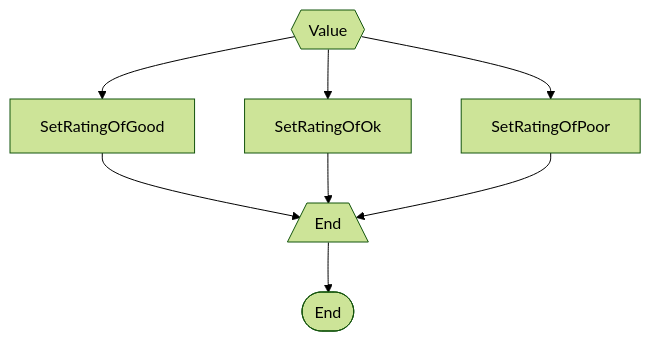
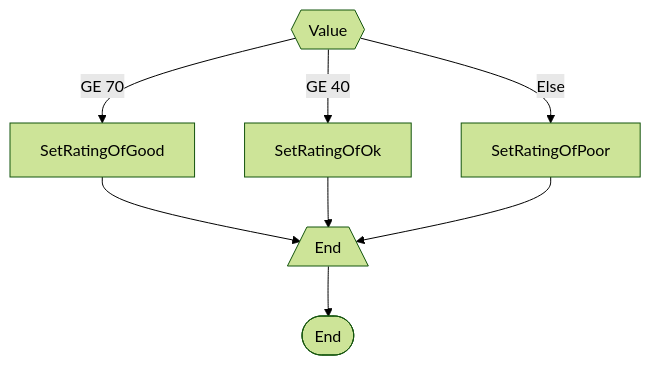
Before and after one commit to andybalham/ts-workflow-prototype: the second of 3 diagrams in test/documentation.md, drawn with Mermaid (forest theme). The commit also changed other lines of this file and 7 other files, not shown here.

````diff
--- a/test/documentation.md
+++ b/test/documentation.md
@@ -12,13 +12,13 @@
 ```mermaid
 graph TB
-Value{{"Value"}} --> 
+Value{{"Value"}} -- "GE 70" -->
 SetRatingOfGood["SetRatingOfGood"] --> 
 End[/"End"\] --> 
 _End_([End])
-Value{{"Value"}} --> 
+Value{{"Value"}} -- "GE 40" -->
 SetRatingOfOk["SetRatingOfOk"] --> 
 End
-Value{{"Value"}} --> 
+Value{{"Value"}} -- "Else" -->
 SetRatingOfPoor["SetRatingOfPoor"] --> 
 End
 ```
````
